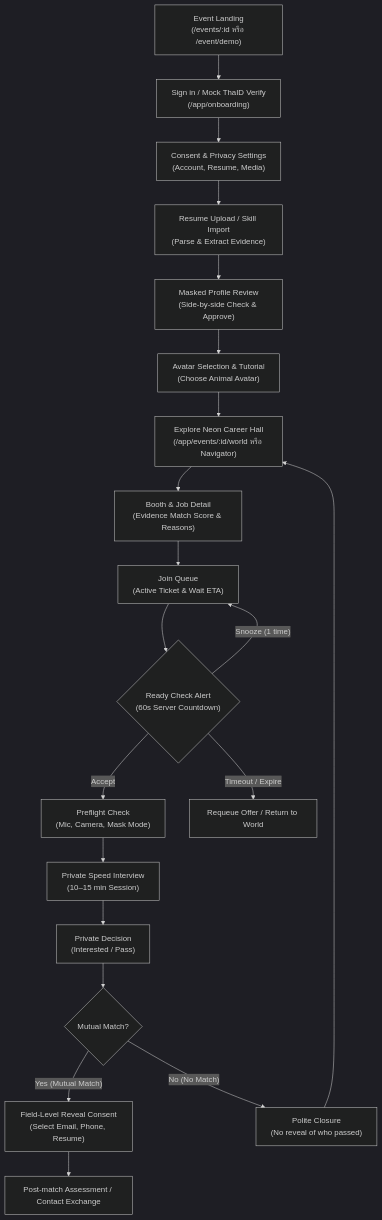
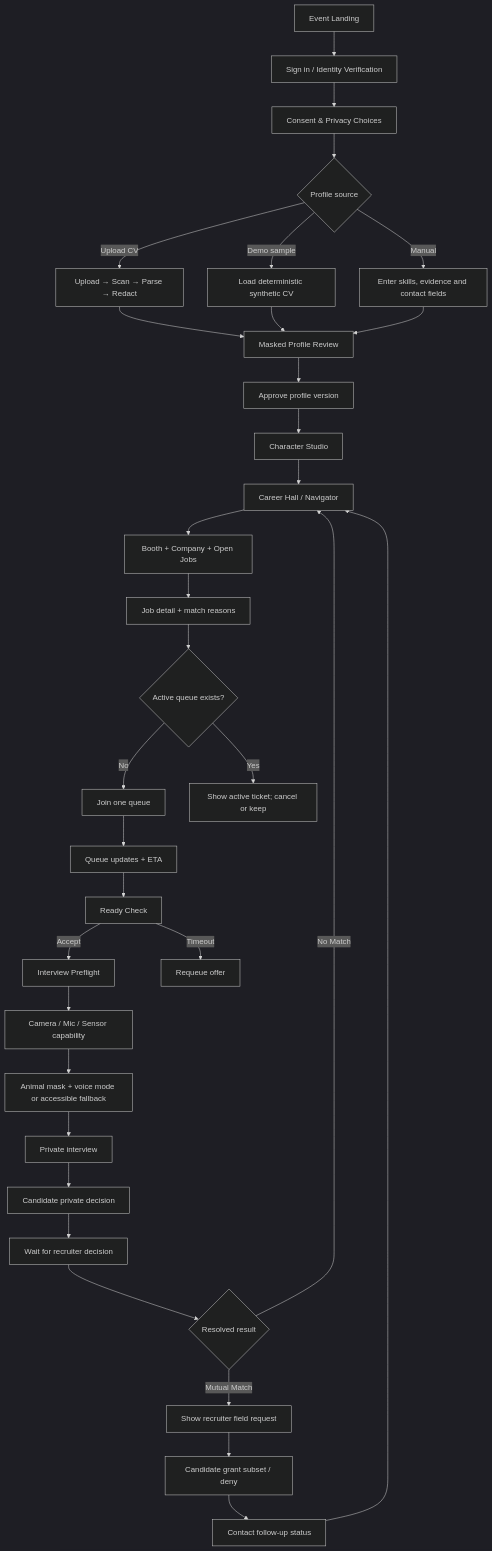
Before and after one commit to ctrlaltnate/MM-HKT-REV2: the first of 2 diagrams in docs/02-product/user-journeys.md, drawn with Mermaid (dark theme). The commit also changed other lines of this file and 25 other files, not shown here.

````diff
--- a/docs/02-product/user-journeys.md
+++ b/docs/02-product/user-journeys.md
@@ -9,22 +19,35 @@
 ```mermaid
 flowchart TD
-    A["Event Landing\n(/events/:id หรือ /event/demo)"] --> B["Sign in / Mock ThaID Verify\n(/app/onboarding)"]
-    B --> C["Consent & Privacy Settings\n(Account, Resume, Media)"]
-    C --> D["Resume Upload / Skill Import\n(Parse & Extract Evidence)"]
-    D --> E["Masked Profile Review\n(Side-by-side Check & Approve)"]
-    E --> F["Avatar Selection & Tutorial\n(Choose Animal Avatar)"]
-    F --> G["Explore Neon Career Hall\n(/app/events/:id/world หรือ Navigator)"]
-    G --> H["Booth & Job Detail\n(Evidence Match Score & Reasons)"]
-    H --> I["Join Queue\n(Active Ticket & Wait ETA)"]
-    I --> J{"Ready Check Alert\n(60s Server Countdown)"}
-    J -->|"Accept"| K["Preflight Check\n(Mic, Camera, Mask Mode)"]
-    J -->|"Snooze (1 time)"| I
-    J -->|"Timeout / Expire"| L["Requeue Offer / Return to World"]
-    K --> M["Private Speed Interview\n(10–15 min Session)"]
-    M --> N["Private Decision\n(Interested / Pass)"]
-    N --> O{"Mutual Match?"}
-    O -->|"Yes (Mutual Match)"| P["Field-Level Reveal Consent\n(Select Email, Phone, Resume)"]
-    O -->|"No (No Match)"| Q["Polite Closure\n(No reveal of who passed)"]
-    P --> R["Post-match Assessment / Contact Exchange"]
-    Q --> G
+    A[Event Landing] --> B[Sign in / Identity Verification]
+    B --> C[Consent & Privacy Choices]
+    C --> D{Profile source}
+    D -->|Upload CV| E[Upload → Scan → Parse → Redact]
+    D -->|Demo sample| F[Load deterministic synthetic CV]
+    D -->|Manual| G[Enter skills, evidence and contact fields]
+    E --> H[Masked Profile Review]
+    F --> H
+    G --> H
+    H --> I[Approve profile version]
+    I --> J[Character Studio]
+    J --> K[Career Hall / Navigator]
+    K --> L[Booth + Company + Open Jobs]
+    L --> M[Job detail + match reasons]
+    M --> N{Active queue exists?}
+    N -->|No| O[Join one queue]
+    N -->|Yes| P[Show active ticket; cancel or keep]
+    O --> Q[Queue updates + ETA]
+    Q --> R[Ready Check]
+    R -->|Accept| S[Interview Preflight]
+    R -->|Timeout| T[Requeue offer]
+    S --> U[Camera / Mic / Sensor capability]
+    U --> V[Animal mask + voice mode or accessible fallback]
+    V --> W[Private interview]
+    W --> X[Candidate private decision]
+    X --> Y[Wait for recruiter decision]
+    Y --> Z{Resolved result}
+    Z -->|No Match| K
+    Z -->|Mutual Match| RA[Show recruiter field request]
+    RA --> RB[Candidate grant subset / deny]
+    RB --> RC[Contact follow-up status]
+    RC --> K
 ```
````
